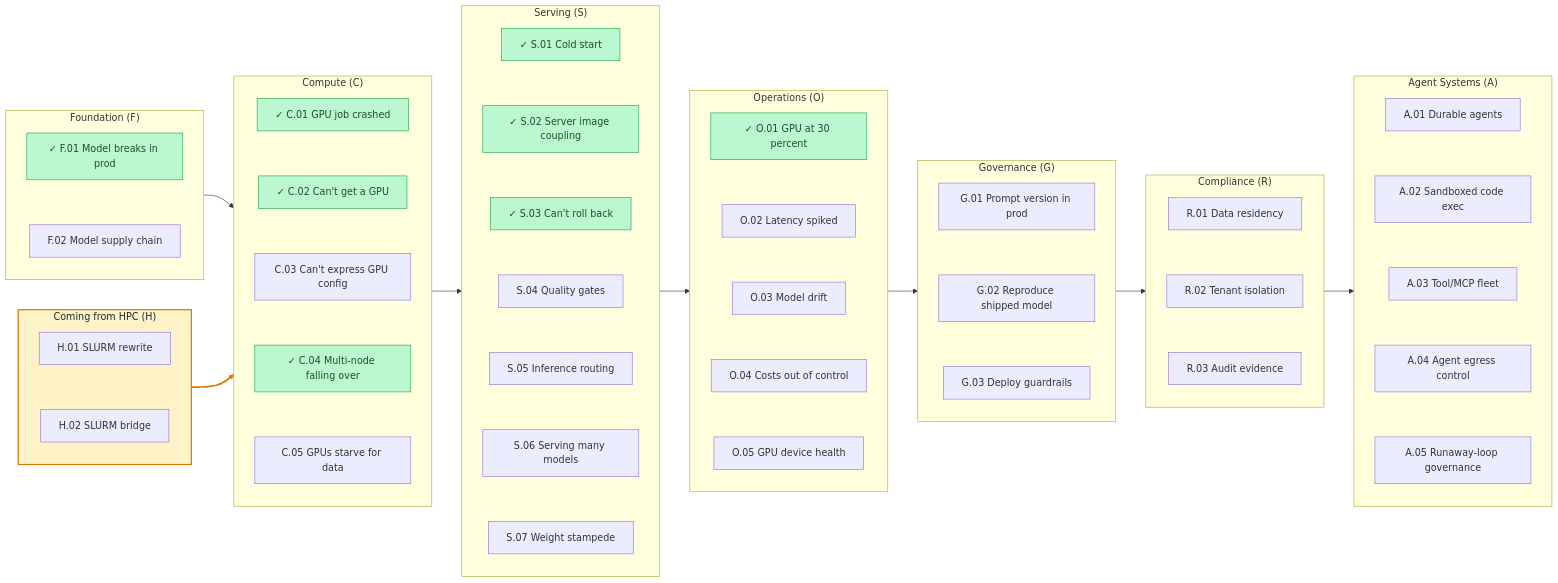
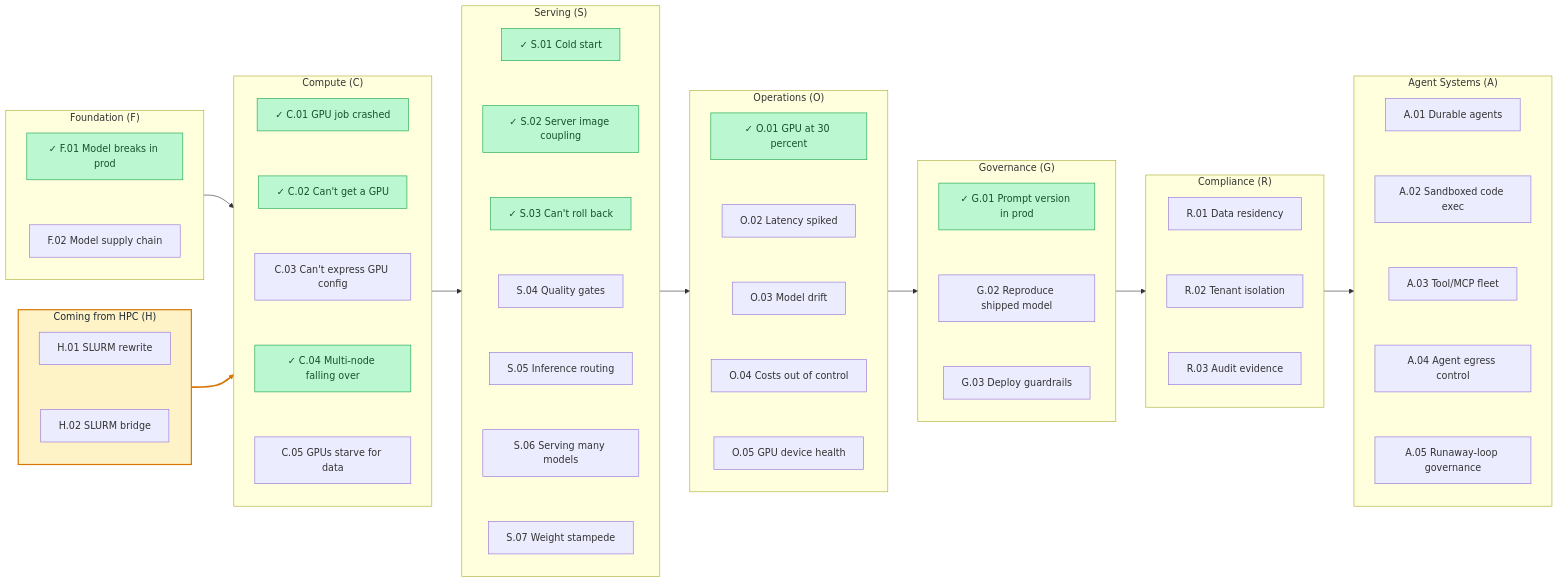
The diagram in README.md (arun-gupta/the-pain-first-way), drawn with Mermaid before and after one commit. The commit also changed 22 other files, not shown here.

First line of the commit message:
Build G.01 example: which prompt version is in prod

```diff
--- a/README.md
+++ b/README.md
@@ -70,7 +70,7 @@
     end
     subgraph G["Governance (G)"]
         direction TB
-        G01[G.01 Prompt version in prod]
+        G01[✓ G.01 Prompt version in prod]
         G02[G.02 Reproduce shipped model]
         G03[G.03 Deploy guardrails]
         G01 ~~~ G02
@@ -105,7 +105,7 @@
     F --> C --> S --> O --> G --> R --> A
     H ==> C
     classDef avail fill:#bbf7d0,stroke:#16a34a,stroke-width:1px,color:#14532d;
-    class F01,C01,C02,C04,S01,S02,O01,S03 avail;
+    class F01,C01,C02,C04,S01,S02,O01,S03,G01 avail;
     style H fill:#fef3c7,stroke:#d97706,stroke-width:2px,color:#1f2937;
     linkStyle 30 stroke:#d97706,stroke-width:3px;
     click F01 "https://github.com/arun-gupta/the-pain-first-way/blob/main/pains/foundation/F01-model-works-locally.md"
```
